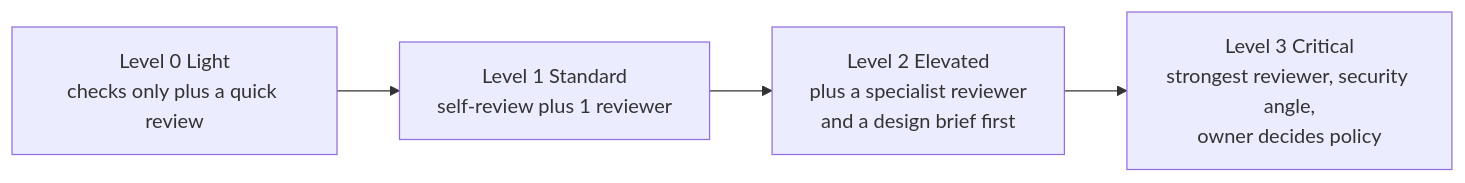
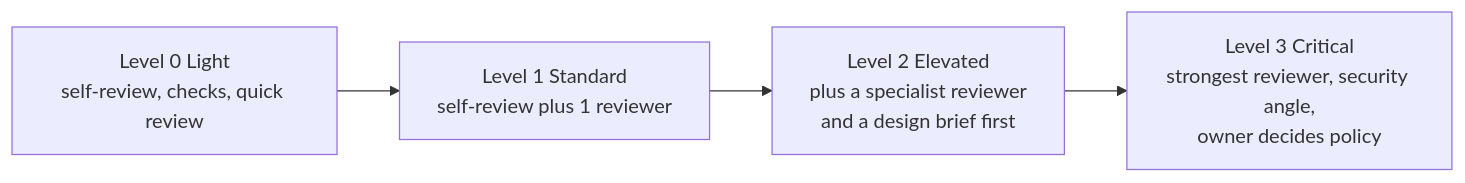
The third of 4 diagrams in docs/process/agent-operating-model.md (SprecherEast/sprecher-east-neighborhood-website), drawn with Mermaid before and after one commit. The commit also changed other lines of this file, not shown here.

First line of the commit message:
process: Keep self-review in Level 0 and reuse at the second use (#692)

````diff
--- a/docs/process/agent-operating-model.md
+++ b/docs/process/agent-operating-model.md
@@ -174,6 +172,6 @@
 ```mermaid
 flowchart LR
-  L0["Level 0 Light<br/>checks only plus a quick review"] --> L1["Level 1 Standard<br/>self-review plus 1 reviewer"]
+  L0["Level 0 Light<br/>self-review, checks, quick review"] --> L1["Level 1 Standard<br/>self-review plus 1 reviewer"]
   L1 --> L2["Level 2 Elevated<br/>plus a specialist reviewer<br/>and a design brief first"]
   L2 --> L3["Level 3 Critical<br/>strongest reviewer, security angle,<br/>owner decides policy"]
 ```
````
